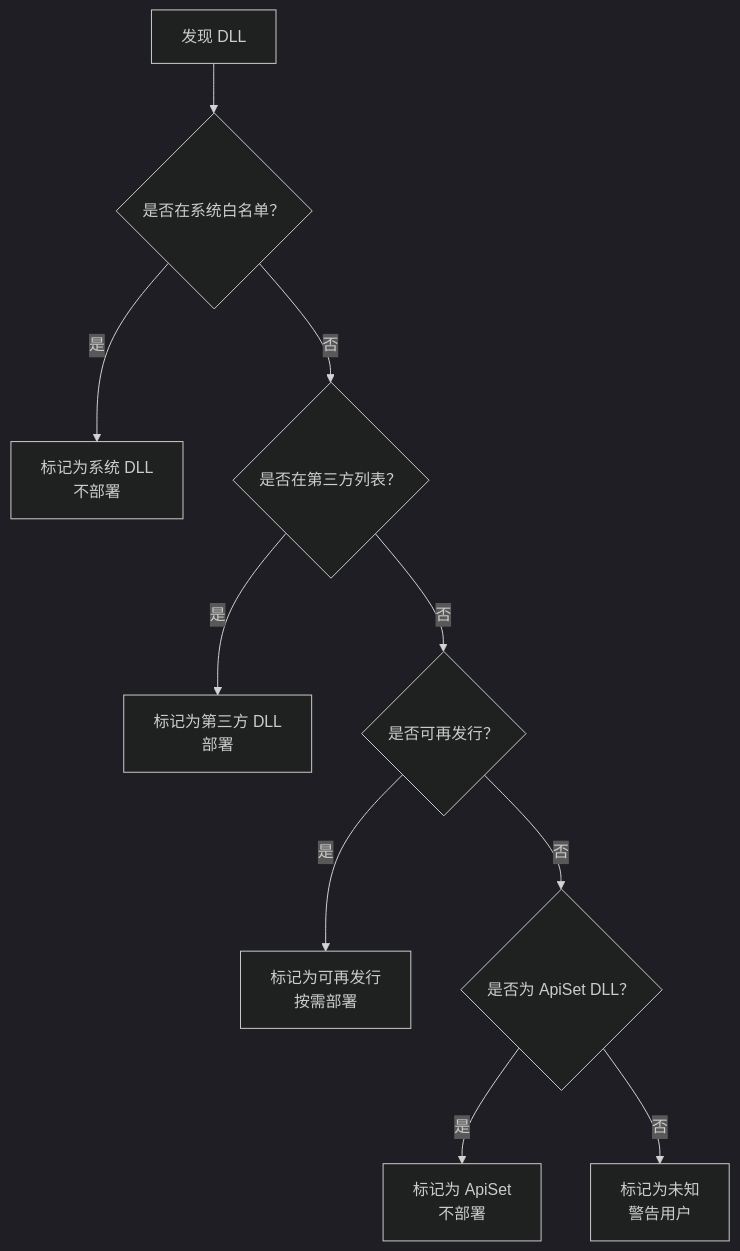
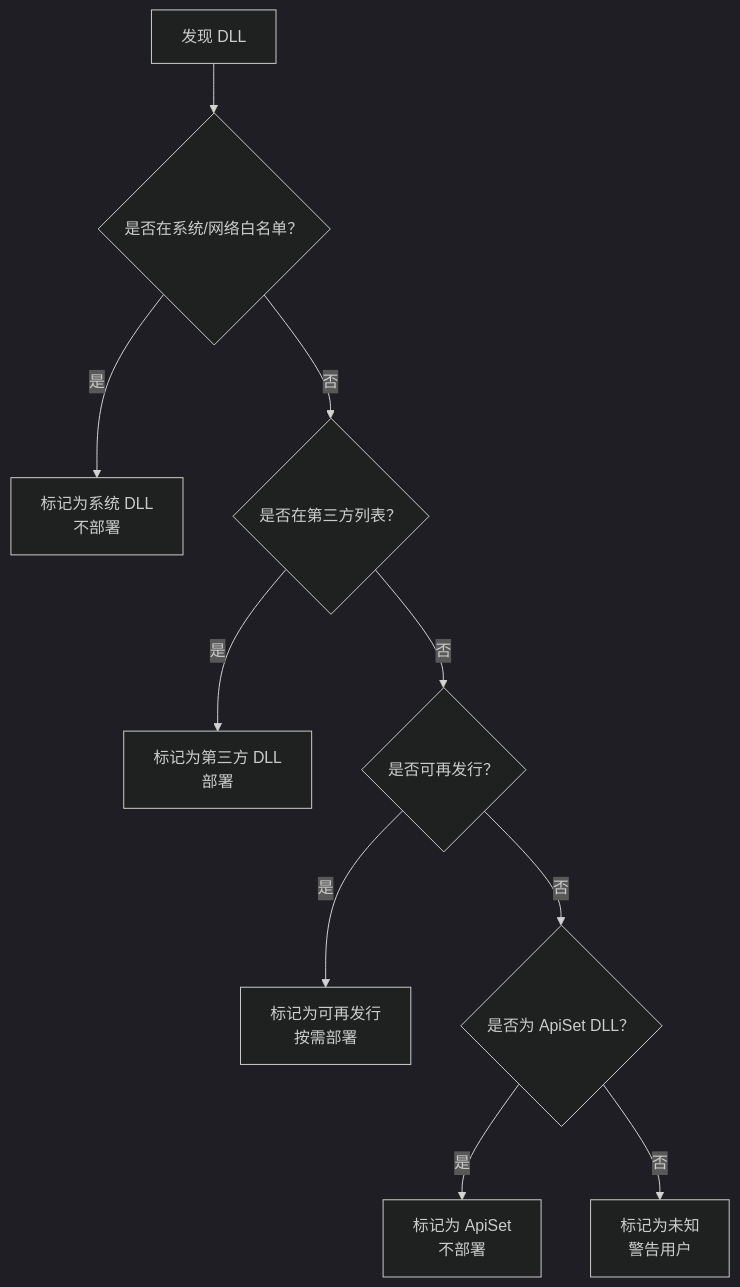
The third of 5 diagrams in README.zh-CN.md (2774326573/LibDeploy), drawn with Mermaid (dark theme) before and after one commit. The commit also changed other lines of this file and 16 other files, not shown here.

````diff
--- a/README.zh-CN.md
+++ b/README.zh-CN.md
@@ -267,12 +287,12 @@
 ```mermaid
 flowchart TD
-    Start[发现 DLL] --> IsKnownOS{是否在系统白名单？}
+    Start[发现 DLL] --> IsKnownOS{是否在系统/网络白名单？}
     IsKnownOS -->|是| OS[标记为系统 DLL<br/>不部署]
     IsKnownOS -->|否| IsThirdParty{是否在第三方列表？}
     IsThirdParty -->|是| ThirdParty[标记为第三方 DLL<br/>部署]
     IsThirdParty -->|否| IsRedist{是否可再发行？}
     IsRedist -->|是| Redist[标记为可再发行<br/>按需部署]
     IsRedist -->|否| IsApiSet{是否为 ApiSet DLL？}
     IsApiSet -->|是| ApiSet[标记为 ApiSet<br/>不部署]
     IsApiSet -->|否| Unknown[标记为未知<br/>警告用户]
 ```
````
